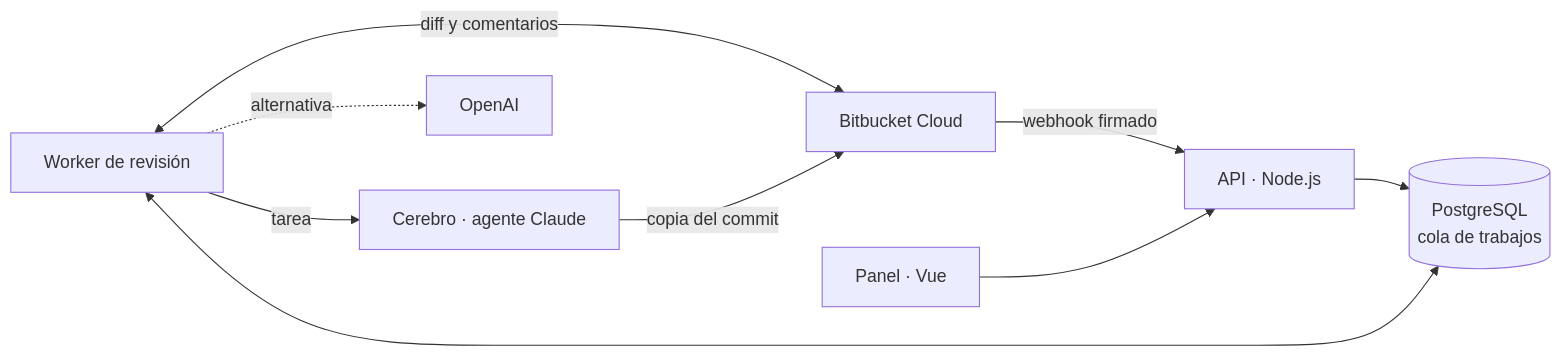
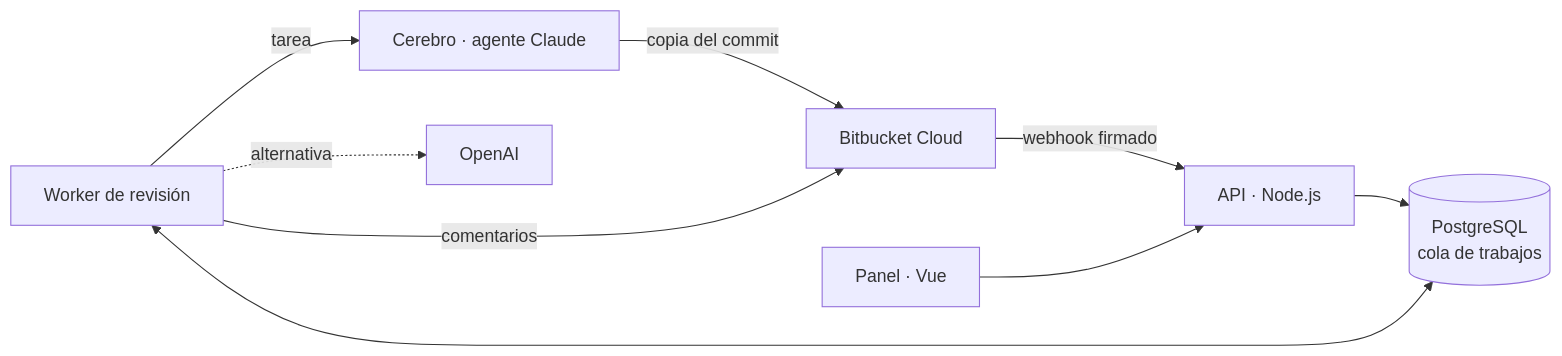
Before and after one commit to Dasge97/sancho: the diagram in README.es.md, drawn with Mermaid. The commit also changed other lines of this file and 21 other files, not shown here.

````diff
--- a/README.es.md
+++ b/README.es.md
@@ -131,11 +85,11 @@
 ```mermaid
 flowchart LR
     BB["Bitbucket Cloud"] -->|webhook firmado| API["API · Node.js"]
     Panel["Panel · Vue"] --> API
     API --> DB[("PostgreSQL<br>cola de trabajos")]
     Worker["Worker de revisión"] <--> DB
-    Worker <-->|diff y comentarios| BB
     Worker -->|tarea| Cerebro["Cerebro · agente Claude"]
     Cerebro -->|copia del commit| BB
+    Worker -->|comentarios| BB
     Worker -.->|alternativa| IA["OpenAI"]
 ```
````
